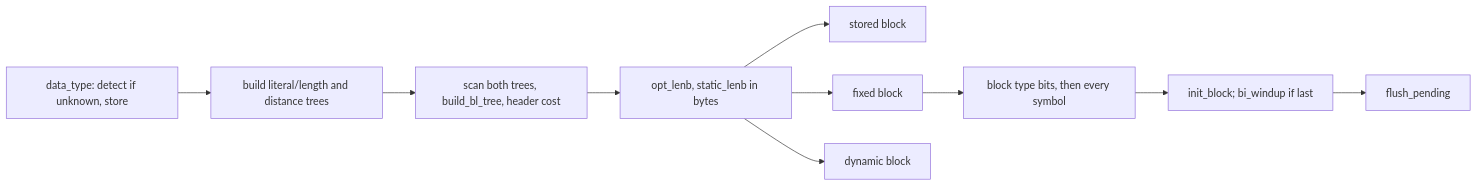
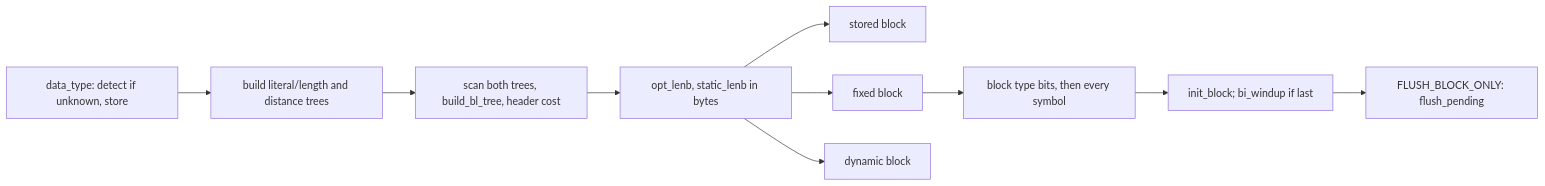
The second of 2 diagrams in docs/proof/deflate-default-engine.md (cla7aye15I4nd/oss-proof), drawn with Mermaid before and after one commit. The commit also changed other lines of this file and 1 other file, not shown here.

````diff
--- a/docs/proof/deflate-default-engine.md
+++ b/docs/proof/deflate-default-engine.md
@@ -108,12 +147,12 @@
 ```mermaid
 flowchart LR
     hint["data_type: detect if unknown, store"] --> trees["build literal/length and distance trees"]
     trees --> bl["scan both trees, build_bl_tree, header cost"]
     bl --> costs["opt_lenb, static_lenb in bytes"]
     costs --> stored["stored block"]
     costs --> fixed["fixed block"]
     costs --> dynamic["dynamic block"]
     fixed --> payload["block type bits, then every symbol"]
     payload --> reset["init_block; bi_windup if last"]
-    reset --> publish["flush_pending"]
+    reset --> publish["FLUSH_BLOCK_ONLY: flush_pending"]
 ```
````
